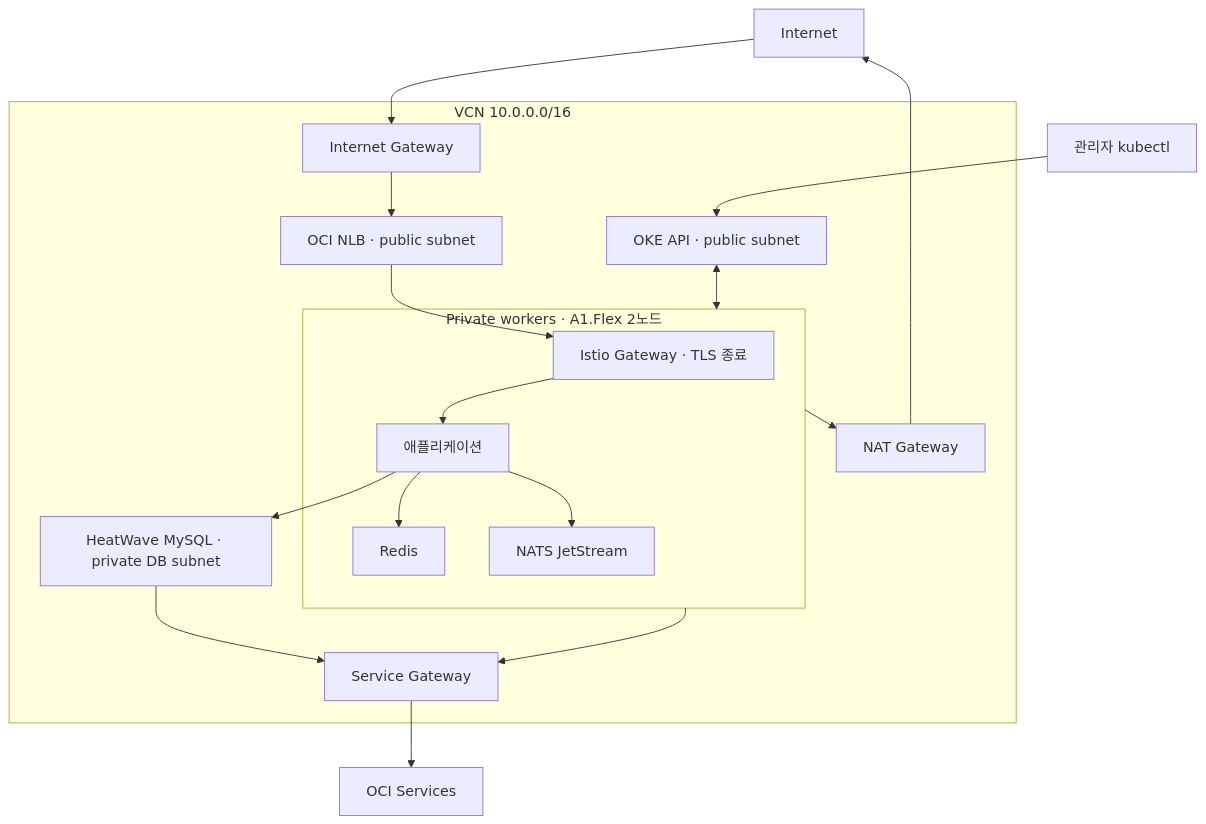
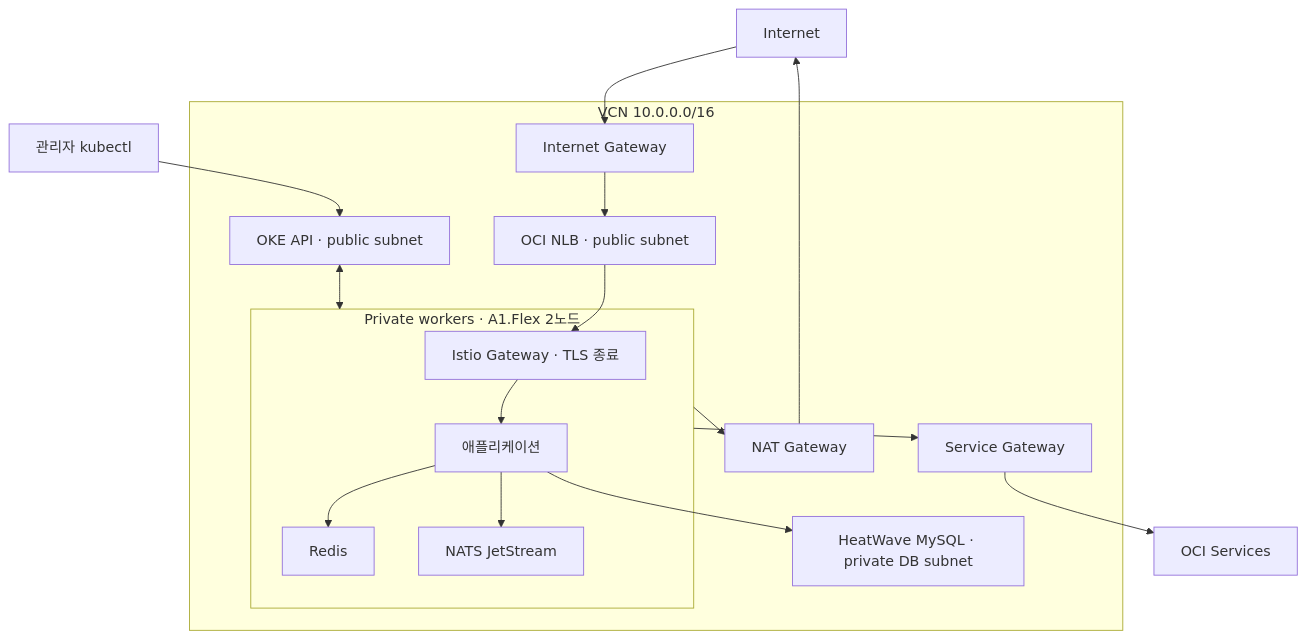
The diagram in README.md (GGingGGang/oci-always-free-k8s), drawn with Mermaid before and after one commit. The commit also changed other lines of this file and 28 other files, not shown here.

````diff
--- a/README.md
+++ b/README.md
@@ -41,23 +41,22 @@
 ```mermaid
 flowchart TB
     Internet[Internet]
     Admin[관리자 kubectl]
     subgraph VCN["VCN 10.0.0.0/16"]
         IGW[Internet Gateway] --> NLB["OCI NLB · public subnet"]
         subgraph Workers["Private workers · A1.Flex 2노드"]
             Gateway[Istio Gateway · TLS 종료] --> Apps[애플리케이션]
             Apps --> Redis[Redis]
             Apps --> NATS[NATS JetStream]
         end
         NLB --> Gateway
         API["OKE API · public subnet"] <--> Workers
         Apps --> DB["HeatWave MySQL · private DB subnet"]
         Workers --> NAT[NAT Gateway]
         Workers --> SGW[Service Gateway]
-        DB --> SGW
     end
     Internet --> IGW
     Admin --> API
     NAT --> Internet
     SGW --> Services[OCI Services]
 ```
````
